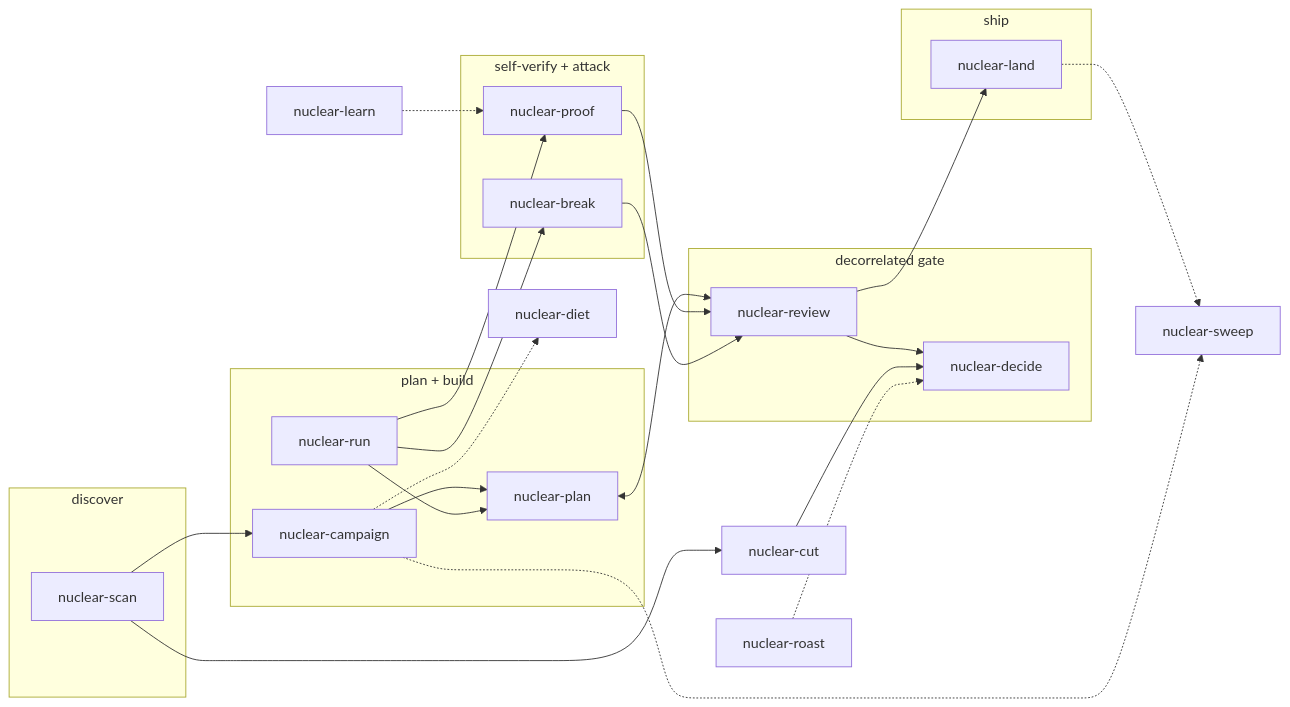
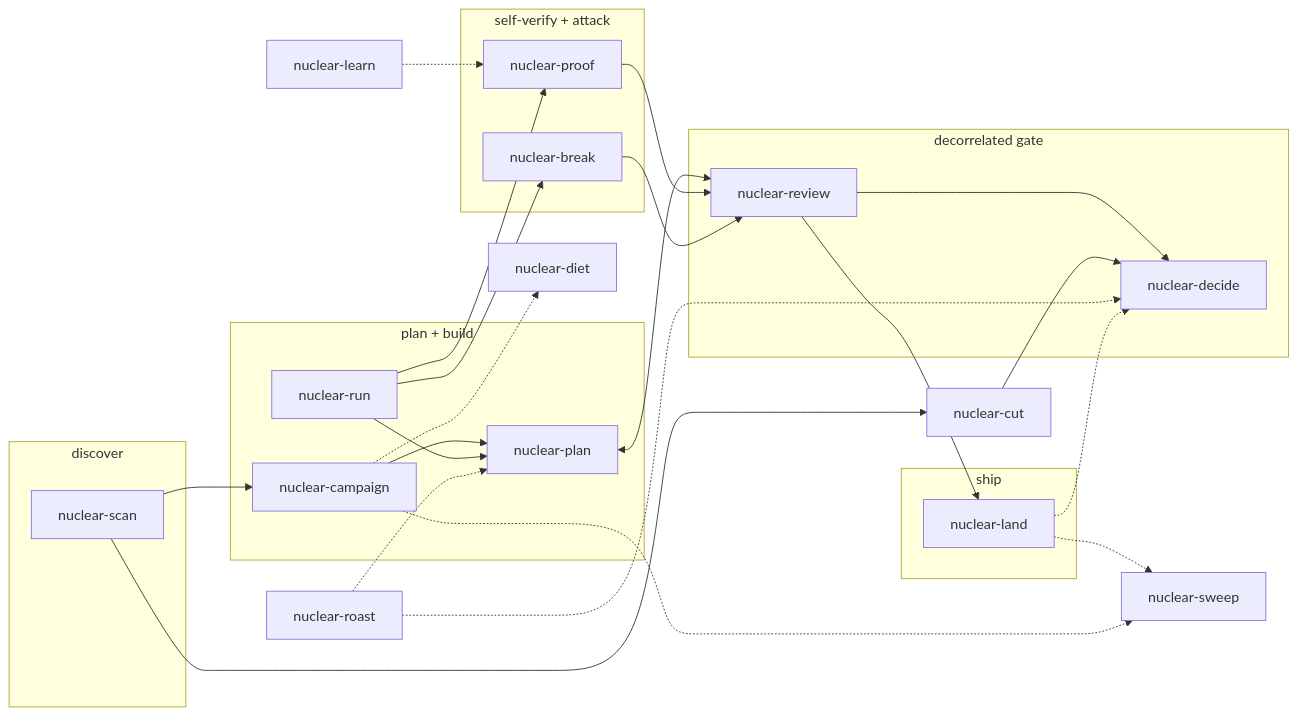
The diagram in README.md (askrubberduck/skills), drawn with Mermaid before and after one commit. The commit also changed 7 other files, not shown here.

````diff
--- a/README.md
+++ b/README.md
@@ -115,45 +115,47 @@
 ```mermaid
 flowchart LR
     subgraph discover
         scan[nuclear-scan]
     end
     subgraph build["plan + build"]
         campaign[nuclear-campaign]
         plan[nuclear-plan]
         run[nuclear-run]
     end
     subgraph verify["self-verify + attack"]
         proof[nuclear-proof]
         break[nuclear-break]
     end
     subgraph gate["decorrelated gate"]
         review[nuclear-review]
         decide[nuclear-decide]
     end
     subgraph ship
         land[nuclear-land]
     end
     cut[nuclear-cut]
     roast[nuclear-roast]
     sweep[nuclear-sweep]
     diet[nuclear-diet]
     learn[nuclear-learn]
 
     scan --> campaign
     scan --> cut
     campaign --> plan
     campaign -.-> diet
     run --> plan
     run --> proof
     run --> break
     plan <--> review
     proof --> review
     break --> review
     review --> decide
     review --> land
     cut --> decide
     roast -.-> decide
+    roast -.-> plan
+    land -.-> decide
     land -.-> sweep
     campaign -.-> sweep
     learn -.-> proof
 ```
````
